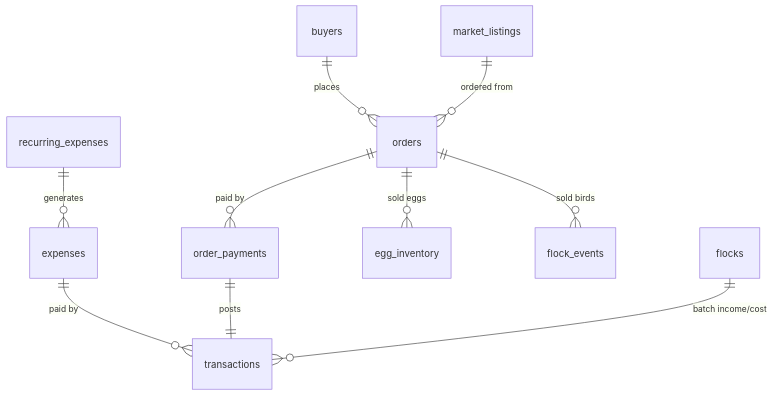
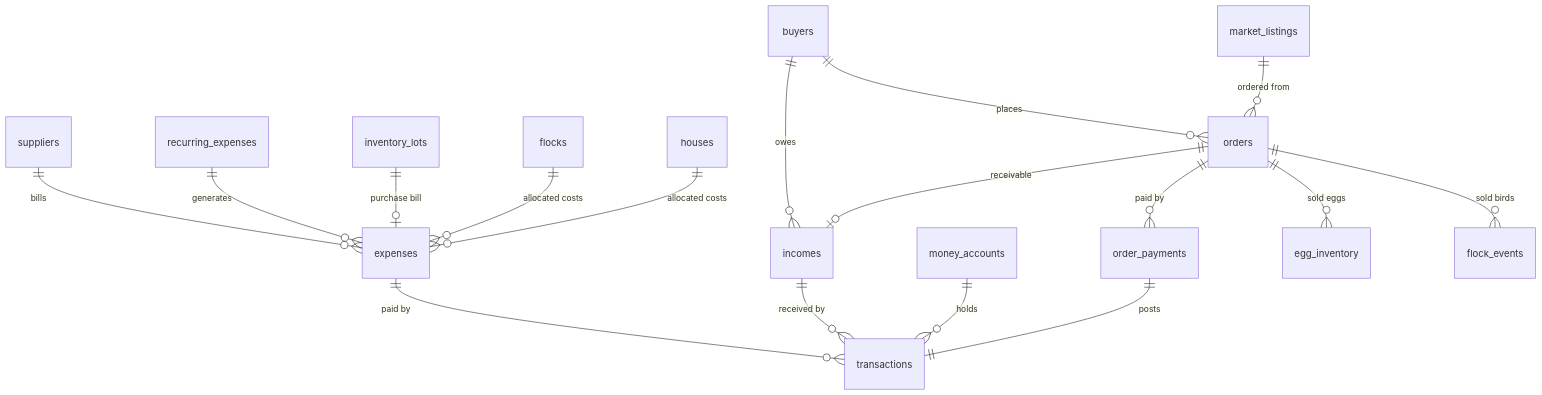
Before and after one commit to developers-gem/poultry-pilot: the fifth of 6 diagrams in docs/data-model.md, drawn with Mermaid. The commit also changed other lines of this file and 37 other files, not shown here.

Commit message:
Finance and PoultryMarket: bills, incomes, payments, refunds, transfers, recurring expenses, automatic postings, P&L, cash flow, breakdowns, flock and house costing; listings, buyer browsing, strict order state machine, reservations, payments, delivery stock

````diff
--- a/docs/data-model.md
+++ b/docs/data-model.md
@@ -219,12 +226,19 @@
 ```mermaid
 erDiagram
+  suppliers ||--o{ expenses : bills
   recurring_expenses ||--o{ expenses : generates
   expenses ||--o{ transactions : "paid by"
+  incomes ||--o{ transactions : "received by"
+  money_accounts ||--o{ transactions : holds
+  buyers ||--o{ incomes : owes
   buyers ||--o{ orders : places
   market_listings ||--o{ orders : "ordered from"
+  orders ||--o| incomes : receivable
   orders ||--o{ order_payments : "paid by"
   order_payments ||--|| transactions : posts
   orders ||--o{ egg_inventory : "sold eggs"
   orders ||--o{ flock_events : "sold birds"
-  flocks ||--o{ transactions : "batch income/cost"
+  inventory_lots ||--o| expenses : "purchase bill"
+  flocks ||--o{ expenses : "allocated costs"
+  houses ||--o{ expenses : "allocated costs"
 ```
````
